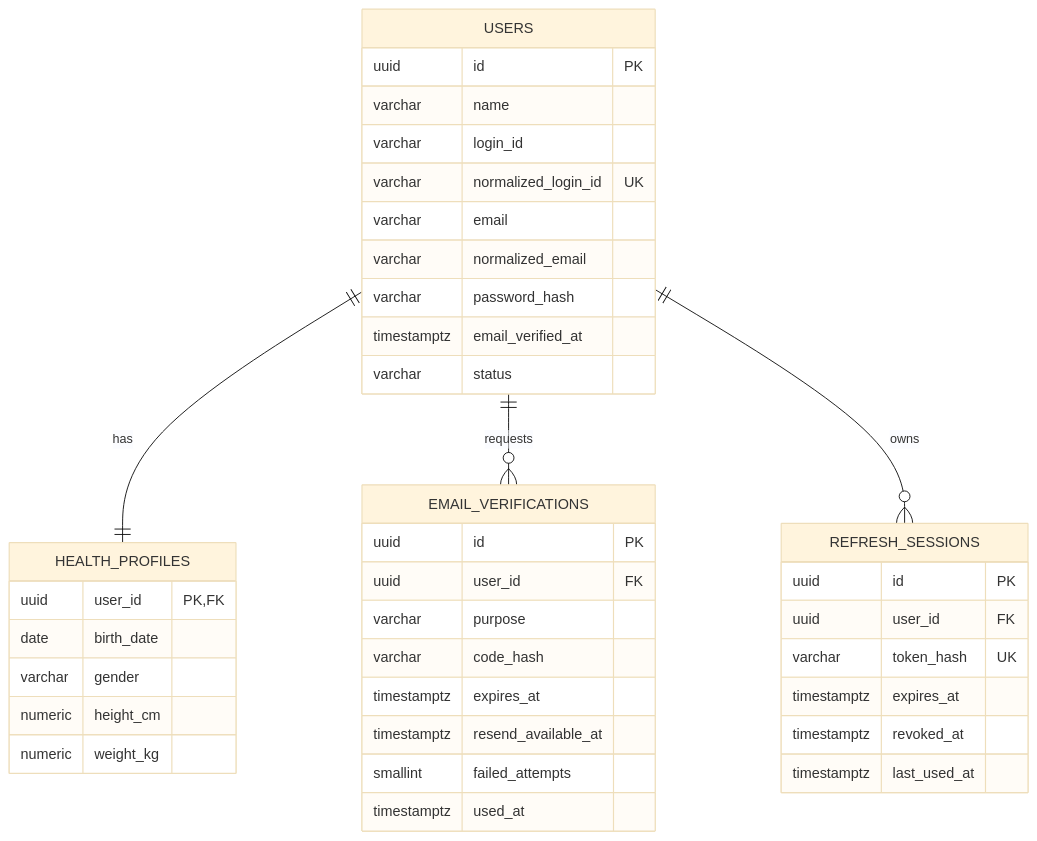
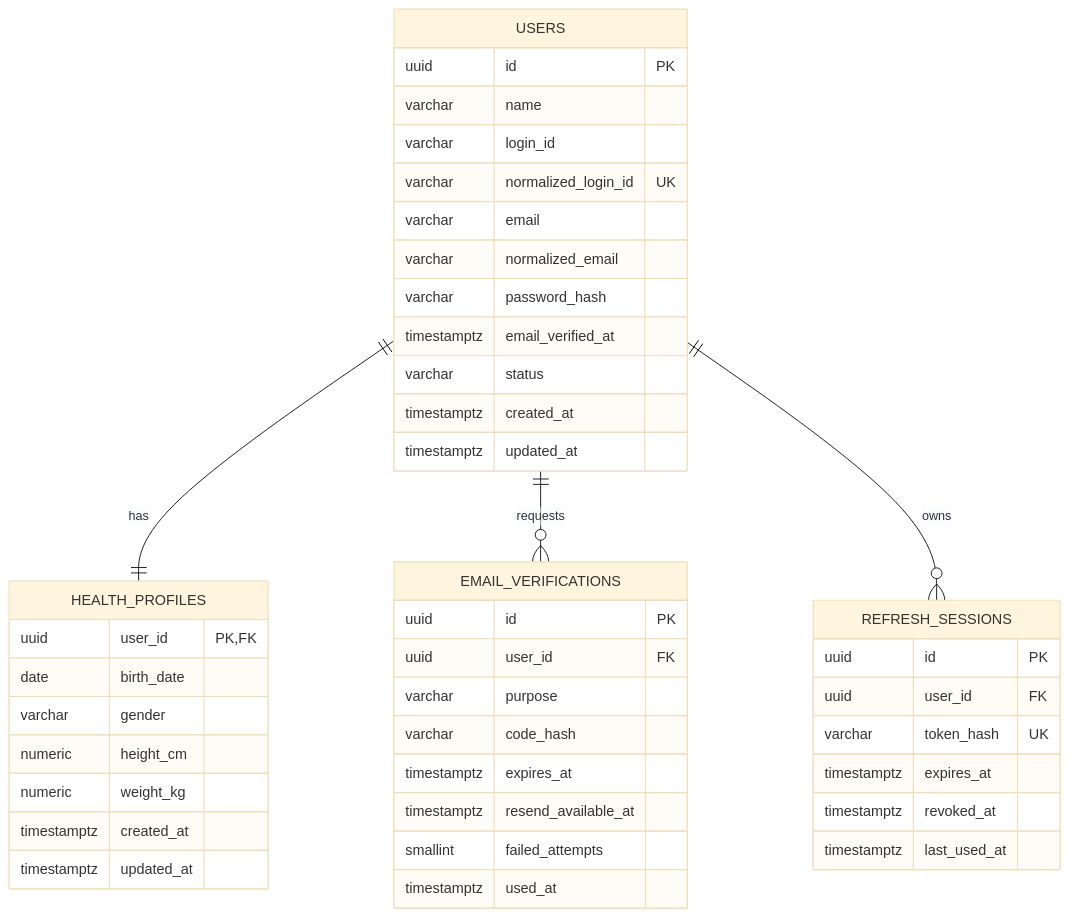
Before and after one commit to Pilot-project-python5/backend: the first of 4 diagrams in docs/architecture/erd.md, drawn with Mermaid (base theme). The commit also changed other lines of this file and 28 other files, not shown here.

````diff
--- a/docs/architecture/erd.md
+++ b/docs/architecture/erd.md
@@ -18,46 +18,50 @@
 ```mermaid
 erDiagram
     USERS ||--|| HEALTH_PROFILES : has
     USERS ||--o{ EMAIL_VERIFICATIONS : requests
     USERS ||--o{ REFRESH_SESSIONS : owns
 
     USERS {
         uuid id PK
         varchar name
         varchar login_id
         varchar normalized_login_id UK
         varchar email
         varchar normalized_email
         varchar password_hash
         timestamptz email_verified_at
         varchar status
+        timestamptz created_at
+        timestamptz updated_at
     }
 
     HEALTH_PROFILES {
         uuid user_id PK,FK
         date birth_date
         varchar gender
         numeric height_cm
         numeric weight_kg
+        timestamptz created_at
+        timestamptz updated_at
     }
 
     EMAIL_VERIFICATIONS {
         uuid id PK
         uuid user_id FK
         varchar purpose
         varchar code_hash
         timestamptz expires_at
         timestamptz resend_available_at
         smallint failed_attempts
         timestamptz used_at
     }
 
     REFRESH_SESSIONS {
         uuid id PK
         uuid user_id FK
         varchar token_hash UK
         timestamptz expires_at
         timestamptz revoked_at
         timestamptz last_used_at
     }
 ```
````
